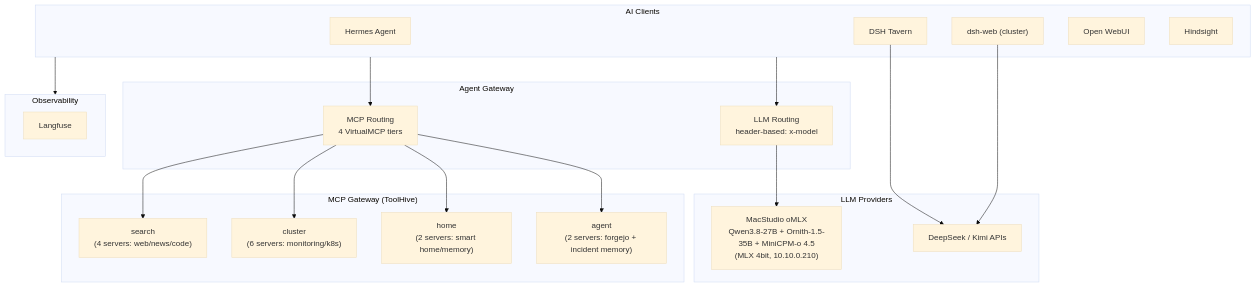
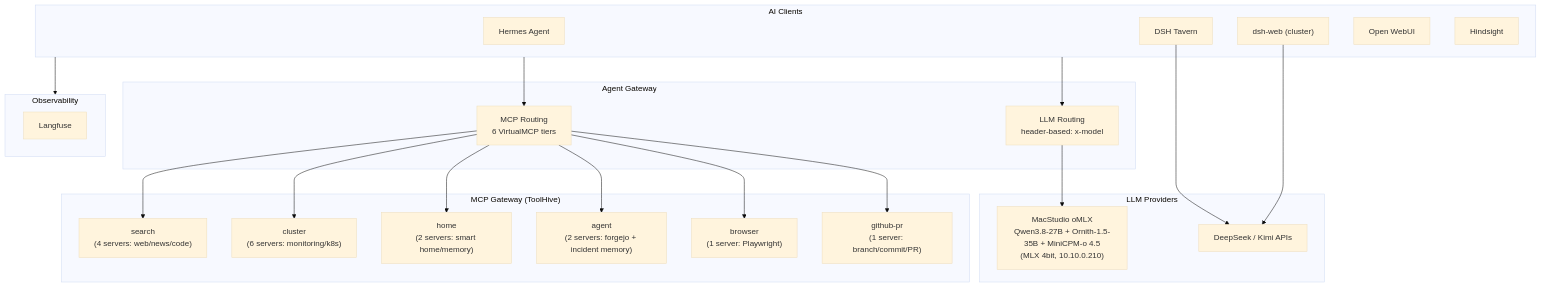
One commit to soulwhisper/home-ops changed the diagram in docs/application/ai.md. Above: the diagram before and after it, drawn with Mermaid (base theme). The commit also changed other lines of this file and 48 other files, not shown here.

First line of the commit message:
feat(mcp): add browser and github-pr tiers (#4437)

````diff
--- a/docs/application/ai.md
+++ b/docs/application/ai.md
@@ -8,42 +8,46 @@
 ```mermaid
 flowchart TB
     subgraph Clients["AI Clients"]
         Hermes["Hermes Agent"]
         Tavern["DSH Tavern"]
         DSHW["dsh-web (cluster)"]
         OWUI["Open WebUI"]
         HS["Hindsight"]
     end
 
     subgraph Gateway["Agent Gateway"]
         AG-LLM["LLM Routing<br/>header-based: x-model"]
-        AG-MCP["MCP Routing<br/>4 VirtualMCP tiers"]
+        AG-MCP["MCP Routing<br/>6 VirtualMCP tiers"]
     end
 
     subgraph LLM["LLM Providers"]
         Studio["MacStudio oMLX<br/>Qwen3.8-27B + Ornith-1.5-35B + MiniCPM-o 4.5<br/>(MLX 4bit, 10.10.0.210)"]
         External["DeepSeek / Kimi APIs"]
     end
 
     subgraph MCP["MCP Gateway (ToolHive)"]
         VMCP-SEARCH["search<br/>(4 servers: web/news/code)"]
         VMCP-CLUSTER["cluster<br/>(6 servers: monitoring/k8s)"]
         VMCP-HOME["home<br/>(2 servers: smart home/memory)"]
         VMCP-AGENT["agent<br/>(2 servers: forgejo + incident memory)"]
+        VMCP-BROWSER["browser<br/>(1 server: Playwright)"]
+        VMCP-GITHUBPR["github-pr<br/>(1 server: branch/commit/PR)"]
     end
 
     subgraph Obs["Observability"]
         Langfuse["Langfuse"]
     end
 
     Clients --> AG-LLM
     Clients --> AG-MCP
     AG-LLM --> Studio
     AG-MCP --> VMCP-SEARCH
     AG-MCP --> VMCP-CLUSTER
     AG-MCP --> VMCP-HOME
     AG-MCP --> VMCP-AGENT
+    AG-MCP --> VMCP-BROWSER
+    AG-MCP --> VMCP-GITHUBPR
     Tavern --> External
     DSHW --> External
     Clients --> Obs
 ```
````
